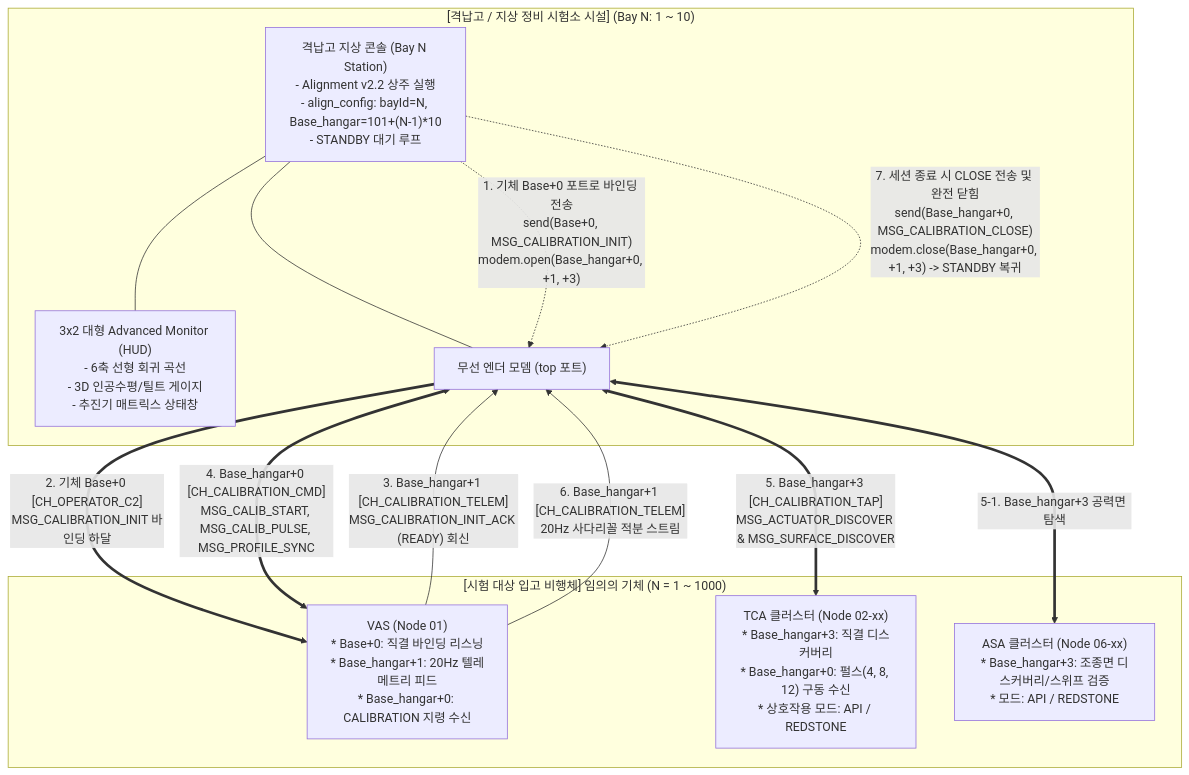
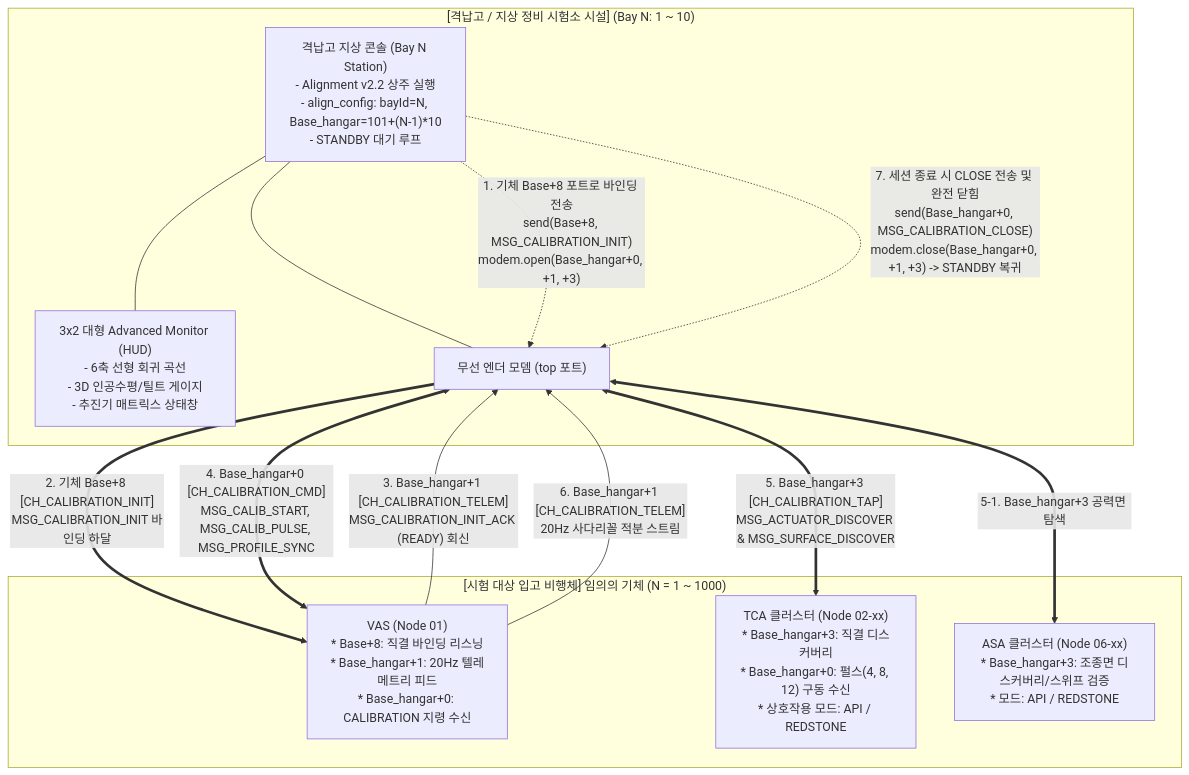
Before and after one commit to Polimachi/Aeroneutics_Autopilot: the second of 5 diagrams in docs/specs/0_development/alignment/ALIGNMENT_PROGRAM_SPECIFICATION.md, drawn with Mermaid. The commit also changed other lines of this file and 10 other files, not shown here.

````diff
--- a/docs/specs/0_development/alignment/ALIGNMENT_PROGRAM_SPECIFICATION.md
+++ b/docs/specs/0_development/alignment/ALIGNMENT_PROGRAM_SPECIFICATION.md
@@ -85,25 +86,25 @@
 ```mermaid
 flowchart TD
     subgraph HANGAR_STATION["[격납고 / 지상 정비 시험소 시설] (Bay N: 1 ~ 10)"]
         MON["3x2 대형 Advanced Monitor (HUD)<br/>- 6축 선형 회귀 곡선<br/>- 3D 인공수평/틸트 게이지<br/>- 추진기 매트릭스 상태창"]
         CONSOLE["격납고 지상 콘솔 (Bay N Station)<br/>- Alignment v2.2 상주 실행<br/>- align_config: bayId=N, Base_hangar=101+(N-1)*10<br/>- STANDBY 대기 루프"]
         MODEM["무선 엔더 모뎀 (top 포트)"]
         CONSOLE --- MON
         CONSOLE --- MODEM
     end
 
     subgraph AIRCRAFT["[시험 대상 입고 비행체] 임의의 기체 (N = 1 ~ 1000)"]
-        VC["VAS (Node 01)<br/>* Base+0: 직결 바인딩 리스닝<br/>* Base_hangar+1: 20Hz 텔레메트리 피드<br/>* Base_hangar+0: CALIBRATION 지령 수신"]
+        VC["VAS (Node 01)<br/>* Base+8: 직결 바인딩 리스닝<br/>* Base_hangar+1: 20Hz 텔레메트리 피드<br/>* Base_hangar+0: CALIBRATION 지령 수신"]
         TCA["TCA 클러스터 (Node 02-xx)<br/>* Base_hangar+3: 직결 디스커버리<br/>* Base_hangar+0: 펄스(4, 8, 12) 구동 수신<br/>* 상호작용 모드: API / REDSTONE"]
         ASA["ASA 클러스터 (Node 06-xx)<br/>* Base_hangar+3: 조종면 디스커버리/스위프 검증<br/>* 모드: API / REDSTONE"]
     end
 
-    CONSOLE -.->|"1. 기체 Base+0 포트로 바인딩 전송<br/>send(Base+0, MSG_CALIBRATION_INIT)<br/>modem.open(Base_hangar+0, +1, +3)"| MODEM
-    MODEM ==>|"2. 기체 Base+0 [CH_OPERATOR_C2]<br/>MSG_CALIBRATION_INIT 바인딩 하달"| VC
+    CONSOLE -.->|"1. 기체 Base+8 포트로 바인딩 전송<br/>send(Base+8, MSG_CALIBRATION_INIT)<br/>modem.open(Base_hangar+0, +1, +3)"| MODEM
+    MODEM ==>|"2. 기체 Base+8 [CH_CALIBRATION_INIT]<br/>MSG_CALIBRATION_INIT 바인딩 하달"| VC
     VC -->|"3. Base_hangar+1 [CH_CALIBRATION_TELEM]<br/>MSG_CALIBRATION_INIT_ACK (READY) 회신"| MODEM
     MODEM <==>|"4. Base_hangar+0 [CH_CALIBRATION_CMD]<br/>MSG_CALIB_START, MSG_CALIB_PULSE, MSG_PROFILE_SYNC"| VC
     MODEM <==>|"5. Base_hangar+3 [CH_CALIBRATION_TAP]<br/>MSG_ACTUATOR_DISCOVER & MSG_SURFACE_DISCOVER"| TCA
     MODEM <==>|"5-1. Base_hangar+3 공력면 탐색"| ASA
     VC -->|"6. Base_hangar+1 [CH_CALIBRATION_TELEM]<br/>20Hz 사다리꼴 적분 스트림"| MODEM
     CONSOLE -.->|"7. 세션 종료 시 CLOSE 전송 및 완전 닫힘<br/>send(Base_hangar+0, MSG_CALIBRATION_CLOSE)<br/>modem.close(Base_hangar+0, +1, +3) -> STANDBY 복귀"| MODEM
 ```
````
